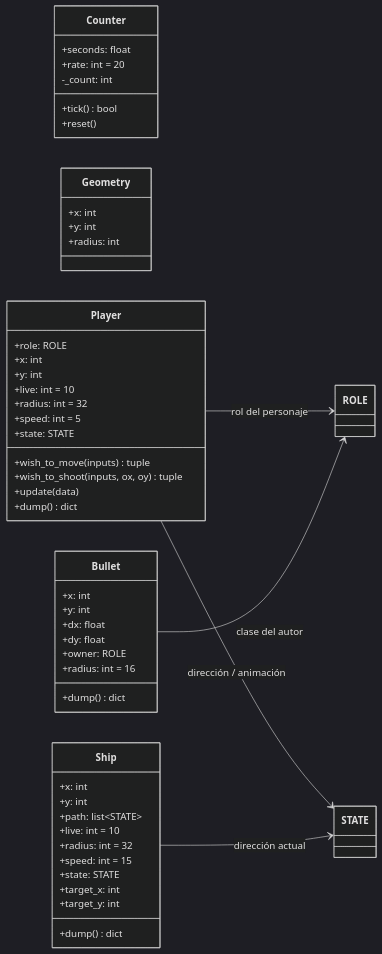
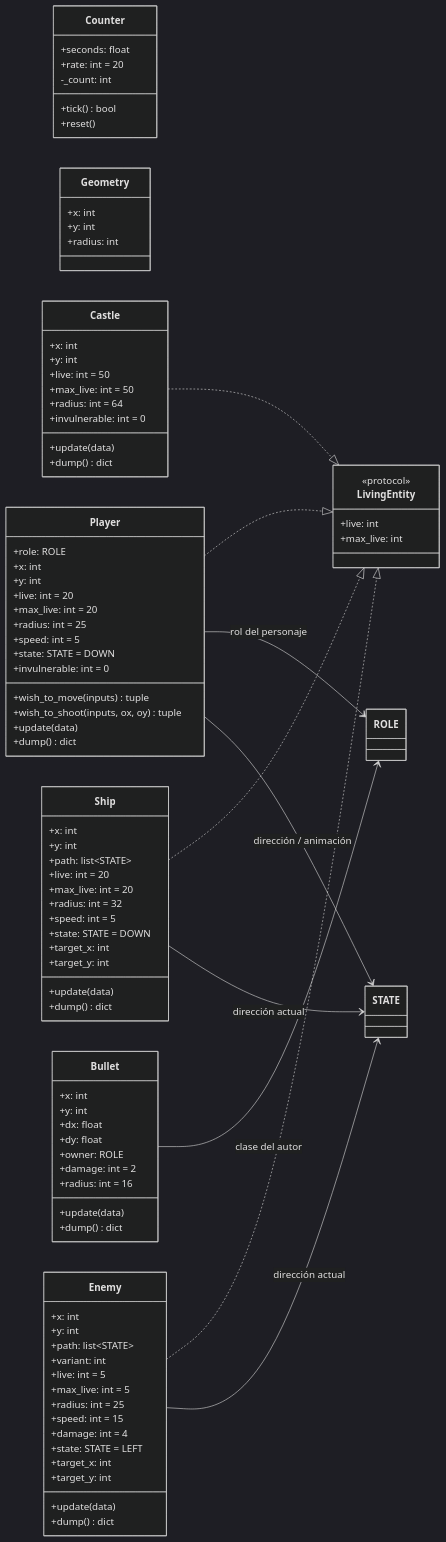
Before and after one commit to Aouei/pygame_multi: the fourth of 5 diagrams in docs/diagramas/clases.md, drawn with Mermaid (dark theme). The commit also changed other lines of this file and 35 other files, not shown here.

````diff
--- a/docs/diagramas/clases.md
+++ b/docs/diagramas/clases.md
@@ -305,6 +381,12 @@
 ```mermaid
 classDiagram
     direction LR
+
+    class LivingEntity {
+        <<protocol>>
+        +live: int
+        +max_live: int
+    }
 
     class Counter {
         +seconds: float
@@ -324,10 +406,12 @@
         +role: ROLE
         +x: int
         +y: int
-        +live: int = 10
-        +radius: int = 32
+        +live: int = 20
+        +max_live: int = 20
+        +radius: int = 25
         +speed: int = 5
-        +state: STATE
+        +state: STATE = DOWN
+        +invulnerable: int = 0
         +wish_to_move(inputs) tuple
         +wish_to_shoot(inputs, ox, oy) tuple
         +update(data)
@@ -340,7 +424,9 @@
         +dx: float
         +dy: float
         +owner: ROLE
+        +damage: int = 2
         +radius: int = 16
+        +update(data)
         +dump() dict
     }
 
@@ -348,17 +434,53 @@
         +x: int
         +y: int
         +path: list~STATE~
-        +live: int = 10
+        +live: int = 20
+        +max_live: int = 20
         +radius: int = 32
-        +speed: int = 15
-        +state: STATE
+        +speed: int = 5
+        +state: STATE = DOWN
         +target_x: int
         +target_y: int
+        +update(data)
         +dump() dict
     }
+
+    class Enemy {
+        +x: int
+        +y: int
+        +path: list~STATE~
+        +variant: int
+        +live: int = 5
+        +max_live: int = 5
+        +radius: int = 25
+        +speed: int = 15
+        +damage: int = 4
+        +state: STATE = LEFT
+        +target_x: int
+        +target_y: int
+        +update(data)
+        +dump() dict
+    }
+
+    class Castle {
+        +x: int
+        +y: int
+        +live: int = 50
+        +max_live: int = 50
+        +radius: int = 64
+        +invulnerable: int = 0
+        +update(data)
+        +dump() dict
+    }
+
+    Player ..|> LivingEntity
+    Ship ..|> LivingEntity
+    Enemy ..|> LivingEntity
+    Castle ..|> LivingEntity
 
     Player --> ROLE : rol del personaje
     Player --> STATE : dirección / animación
     Bullet --> ROLE : clase del autor
     Ship --> STATE : dirección actual
+    Enemy --> STATE : dirección actual
 ```
````
